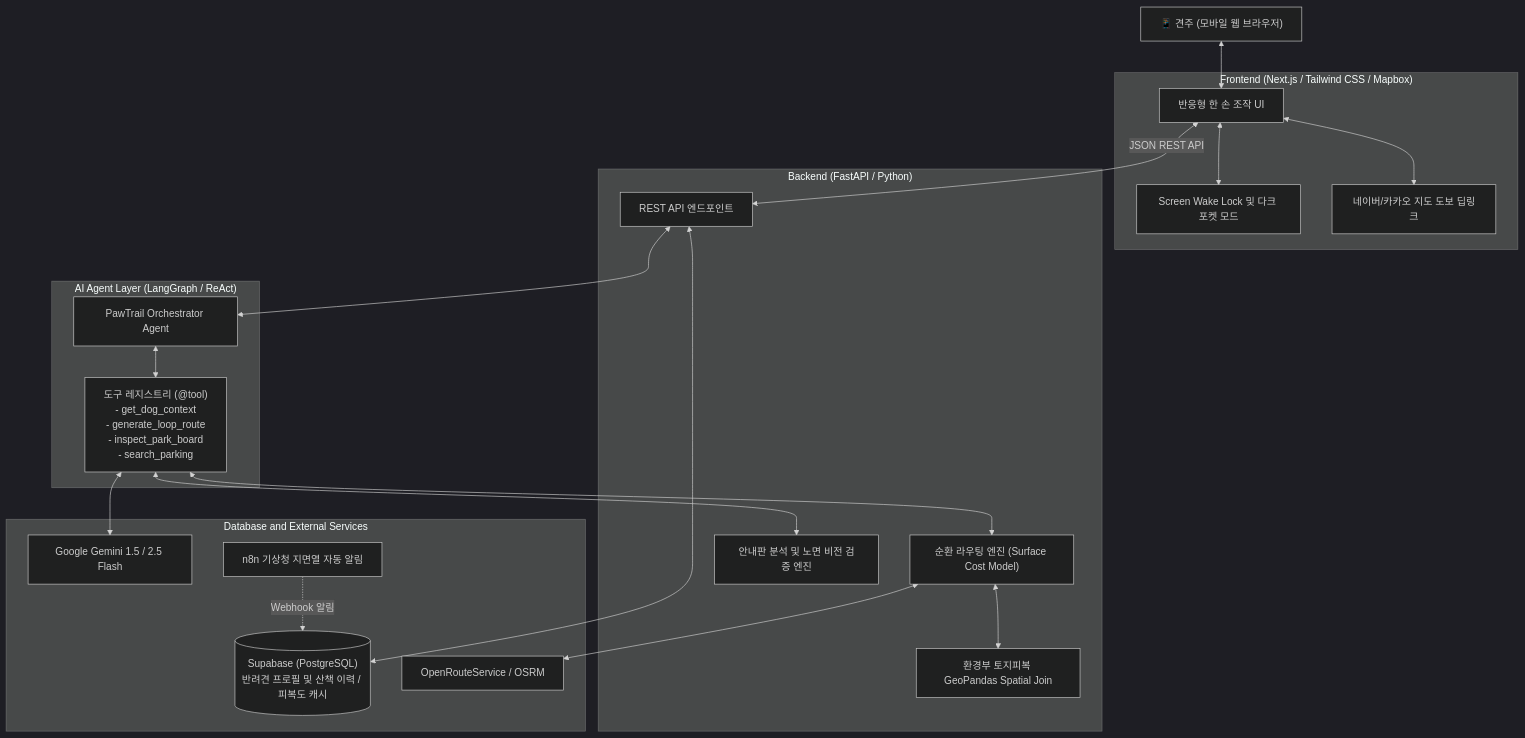
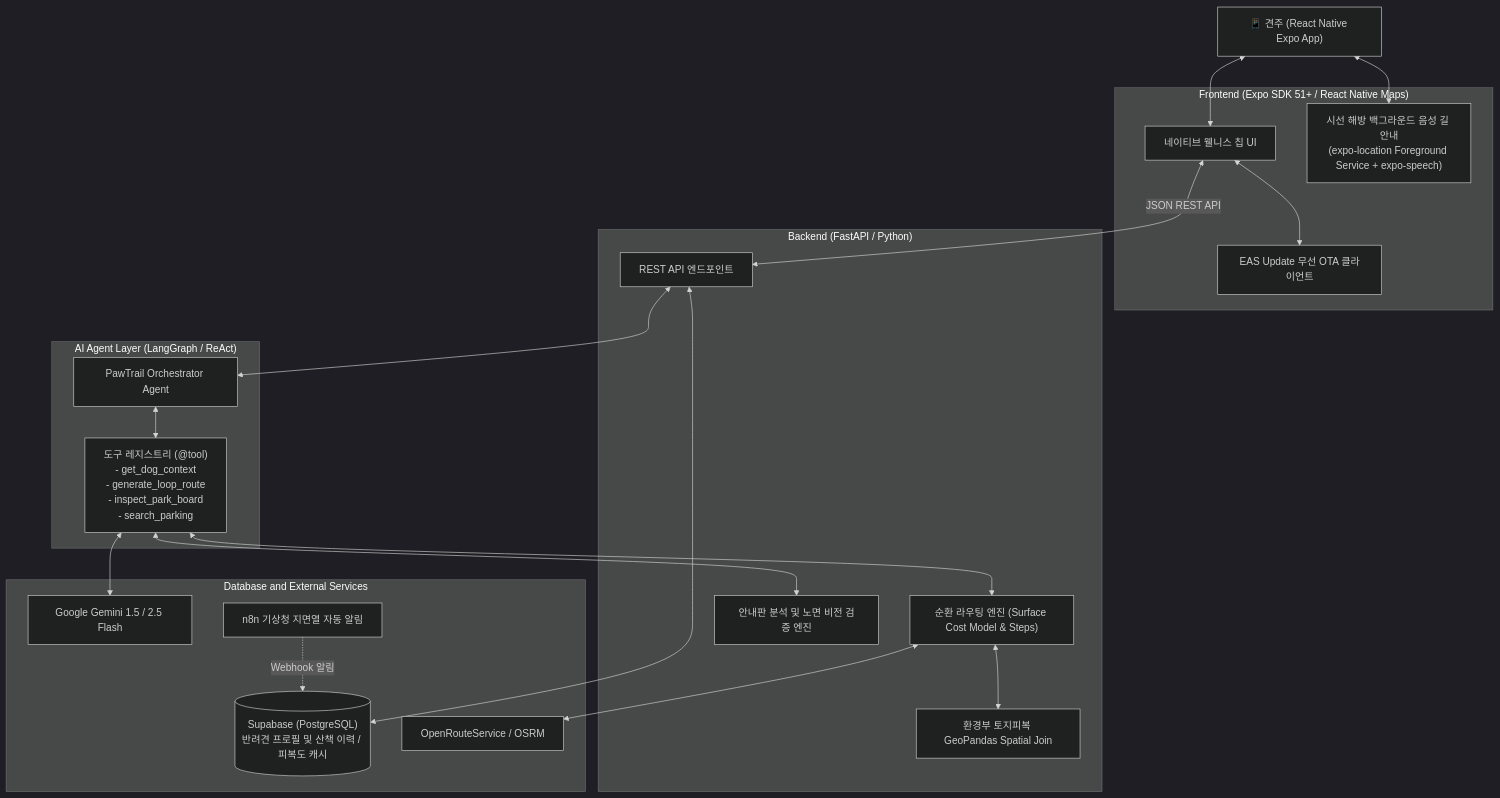
One commit to gigantess/PawTrail changed the diagram in README.md. Above: the diagram before and after it, drawn with Mermaid (dark theme). The commit also changed other lines of this file and 27 other files, not shown here.

````diff
--- a/README.md
+++ b/README.md
@@ -54,43 +55,43 @@
 ```mermaid
 flowchart TD
-    User["📱 견주 (모바일 웹 브라우저)"]
+    User["📱 견주 (React Native Expo App)"]
     
-    subgraph Frontend ["Frontend (Next.js / Tailwind CSS / Mapbox)"]
-        UI["반응형 한 손 조작 UI"]
-        Pocket["Screen Wake Lock 및 다크 포켓 모드"]
-        DeepLink["네이버/카카오 지도 도보 딥링크"]
+    subgraph Frontend ["Frontend (Expo SDK 51+ / React Native Maps)"]
+        UI["네이티브 웰니스 칩 UI"]
+        VoiceNavi["시선 해방 백그라운드 음성 길 안내<br/>(expo-location Foreground Service + expo-speech)"]
+        EAS["EAS Update 무선 OTA 클라이언트"]
     end
 
     subgraph Backend ["Backend (FastAPI / Python)"]
         API["REST API 엔드포인트"]
-        RouterTool["순환 라우팅 엔진 (Surface Cost Model)"]
+        RouterTool["순환 라우팅 엔진 (Surface Cost Model & Steps)"]
         VisionTool["안내판 분석 및 노면 비전 검증 엔진"]
         SpatialTool["환경부 토지피복 GeoPandas Spatial Join"]
     end
 
     subgraph AI_Agent ["AI Agent Layer (LangGraph / ReAct)"]
         Agent["PawTrail Orchestrator Agent"]
         Tools["도구 레지스트리 (@tool)<br/>- get_dog_context<br/>- generate_loop_route<br/>- inspect_park_board<br/>- search_parking"]
     end
 
     subgraph Data_Infra ["Database and External Services"]
         DB[("Supabase (PostgreSQL)<br/>반려견 프로필 및 산책 이력 / 피복도 캐시")]
         Gemini["Google Gemini 1.5 / 2.5 Flash"]
         OSM["OpenRouteService / OSRM"]
         n8n["n8n 기상청 지면열 자동 알림"]
     end
 
     User <--> UI
-    UI <--> Pocket
-    UI <--> DeepLink
+    User <--> VoiceNavi
+    UI <--> EAS
     UI -- "JSON REST API" <--> API
     API <--> Agent
     Agent <--> Tools
     Tools <--> RouterTool
     Tools <--> VisionTool
     Tools <--> Gemini
     RouterTool <--> SpatialTool
     RouterTool <--> OSM
     API <--> DB
     n8n -. "Webhook 알림" .-> DB
 ```
````
